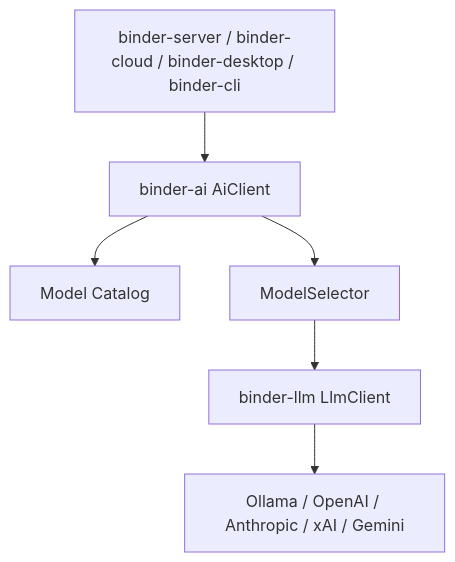
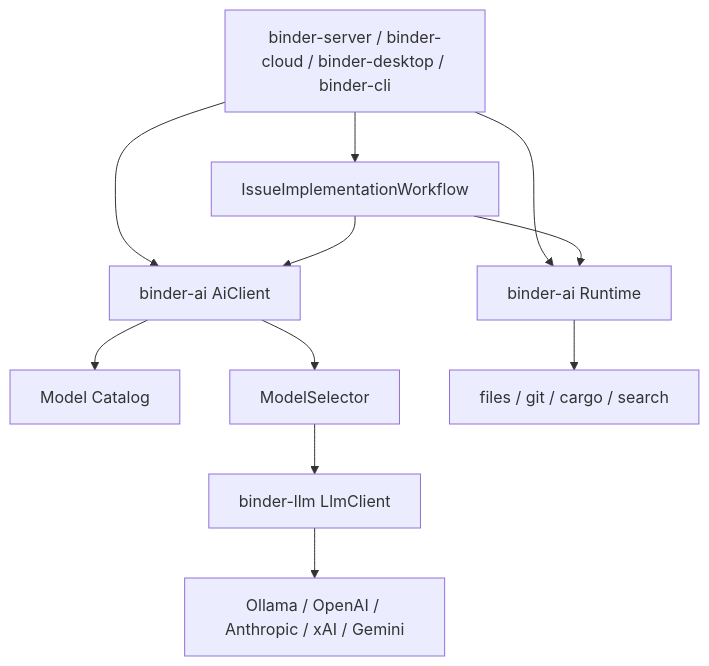
Before and after one commit to dpkimball/binder-ai: the diagram in docs/as-built/architecture.md, drawn with Mermaid. The commit also changed other lines of this file and 29 other files, not shown here.

First line of the commit message:
binder-ai: Runtime + IssueImplementationWorkflow (#5)

````diff
--- a/docs/as-built/architecture.md
+++ b/docs/as-built/architecture.md
@@ -5,14 +5,22 @@
 ```mermaid
 flowchart TD
   apps["binder-server / binder-cloud / binder-desktop / binder-cli"]
   ai["binder-ai AiClient"]
+  runtime["binder-ai Runtime"]
+  wf["IssueImplementationWorkflow"]
   catalog["Model Catalog"]
   selector["ModelSelector"]
   llm["binder-llm LlmClient"]
   providers["Ollama / OpenAI / Anthropic / xAI / Gemini"]
+  env["files / git / cargo / search"]
   apps --> ai
+  apps --> runtime
+  apps --> wf
+  wf --> ai
+  wf --> runtime
   ai --> catalog
   ai --> selector
   selector --> llm
   llm --> providers
+  runtime --> env
 ```
````
